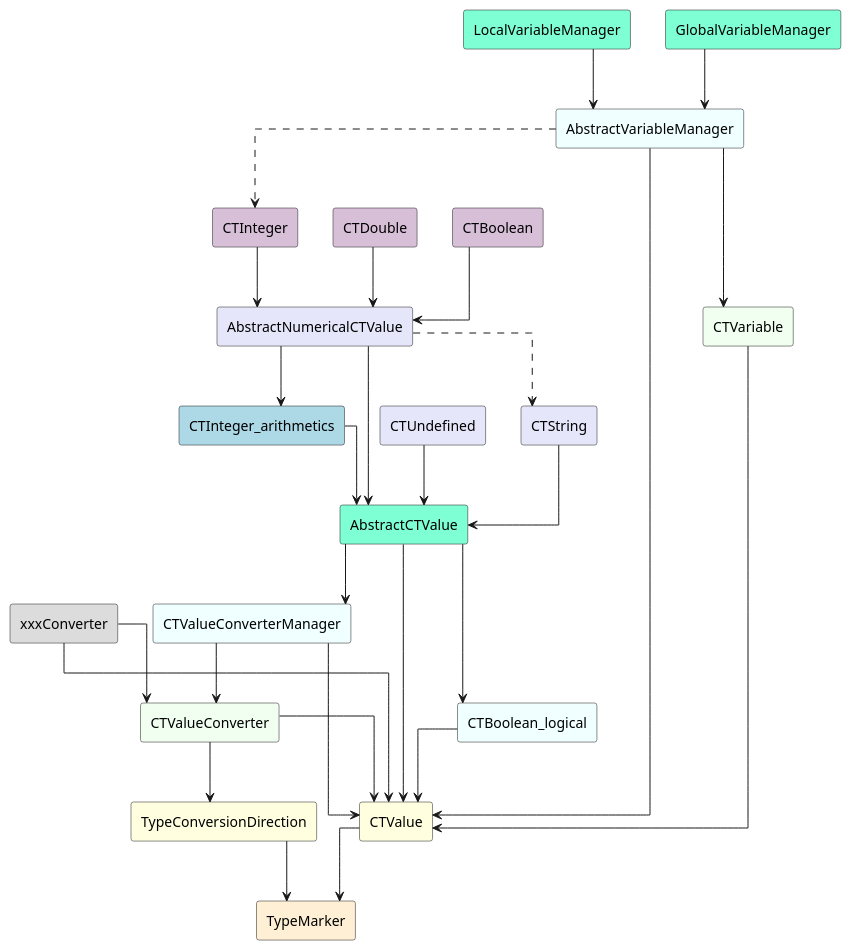
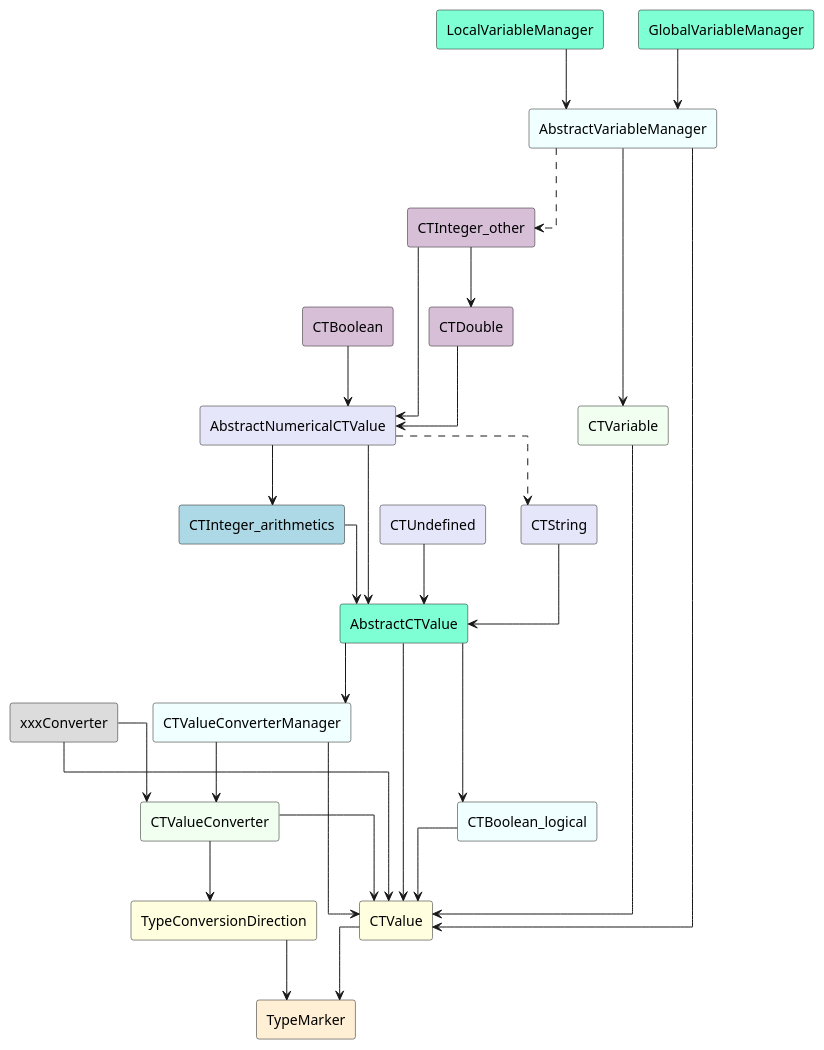
Before and after one commit to yangwenbo99/CTLogo: the second of 2 diagrams in Docs/design/for_assignments/test.md, drawn with PlantUML.

Commit message:
uodate test graph

```diff
--- a/Docs/design/for_assignments/test.md
+++ b/Docs/design/for_assignments/test.md
@@ -41,61 +41,63 @@
 @startuml
 skinparam linetype ortho
 rectangle TypeMarker #PapayaWhip 
 rectangle TypeConversionDirection #LightYellow 
 rectangle CTValue #LightYellow 
 rectangle CTValueConverter #HoneyDew 
 rectangle CTValueConverterManager #Azure 
 ' rectangle CTValue_default 
 rectangle AbstractCTValue #Aquamarine 
 rectangle CTUndefined #Lavender 
 rectangle CTString #Lavender 
 rectangle AbstractNumericalCTValue #Lavender 
 rectangle CTDouble #Thistle 
 rectangle CTBoolean #Thistle 
-rectangle CTInteger #Thistle 
+rectangle CTInteger_other #Thistle 
 rectangle xxxConverter #Gainsboro 
 
 rectangle CTBoolean_logical #Azure
 rectangle CTInteger_arithmetics #LightBlue 
 
 rectangle CTVariable #HoneyDew 
 rectangle AbstractVariableManager  #Azure 
 rectangle LocalVariableManager #Aquamarine 
 rectangle GlobalVariableManager #Aquamarine 
 
 CTValue --> TypeMarker
 AbstractCTValue --> CTValue
 CTUndefined --> AbstractCTValue
 CTString --> AbstractCTValue
 AbstractNumericalCTValue --> AbstractCTValue
 CTDouble --> AbstractNumericalCTValue
-CTInteger --> AbstractNumericalCTValue
+CTInteger_other --> AbstractNumericalCTValue
 CTBoolean --> AbstractNumericalCTValue
 
 TypeConversionDirection --> TypeMarker
 CTValueConverter --> TypeConversionDirection
 xxxConverter --> CTValueConverter
 xxxConverter --> CTValue
 CTValueConverter --> CTValue
 
 CTVariable --> CTValue
 CTValueConverterManager --> CTValue
 CTValueConverterManager --> CTValueConverter
 AbstractVariableManager --> CTValue
 AbstractVariableManager --> CTVariable
 LocalVariableManager --> AbstractVariableManager
 GlobalVariableManager --> AbstractVariableManager
 ' CTValue_default --> CTBoolean
 ' CTValue_default --> CTUndefined
 AbstractCTValue --> CTValueConverterManager
-AbstractVariableManager ..> CTInteger 
+AbstractVariableManager ..> CTInteger_other 
 
 AbstractCTValue --> CTBoolean_logical
 CTBoolean_logical --> CTValue
 
 AbstractNumericalCTValue --> CTInteger_arithmetics
 CTInteger_arithmetics --> AbstractCTValue
 
+CTInteger_other --> CTDouble
+
 AbstractNumericalCTValue ..> CTString
 
 @enduml
```
